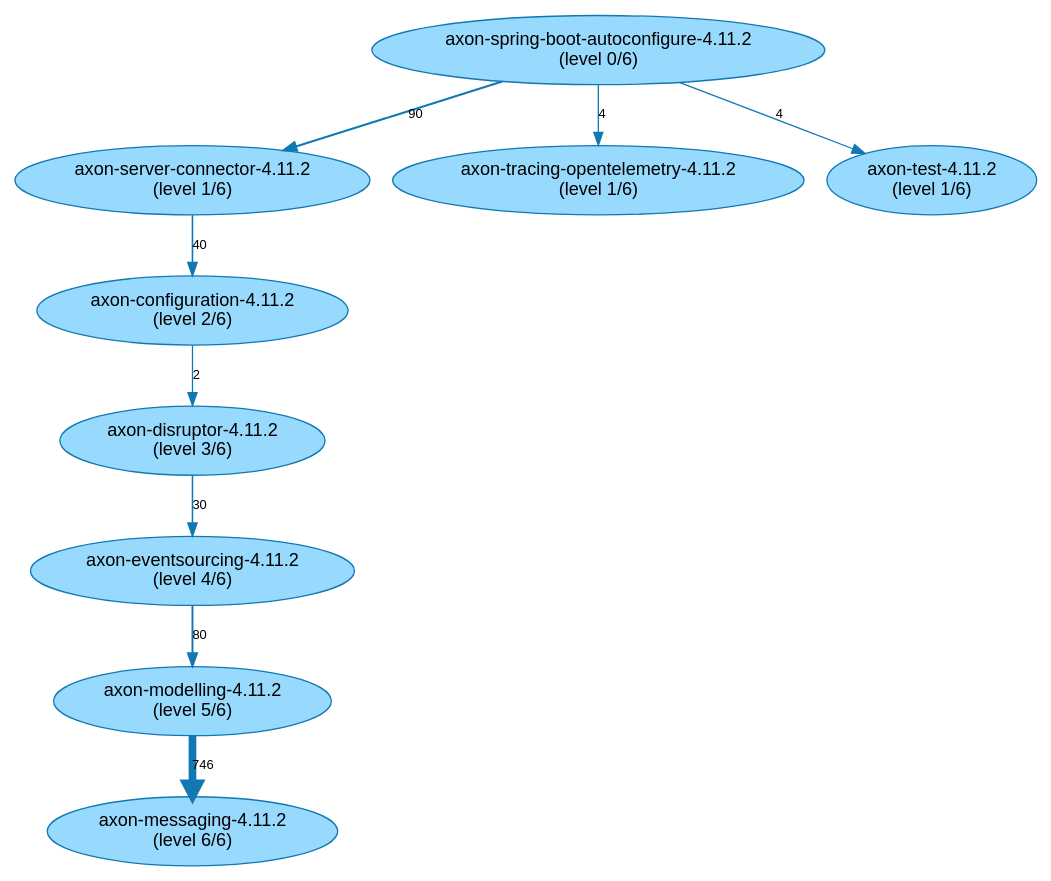
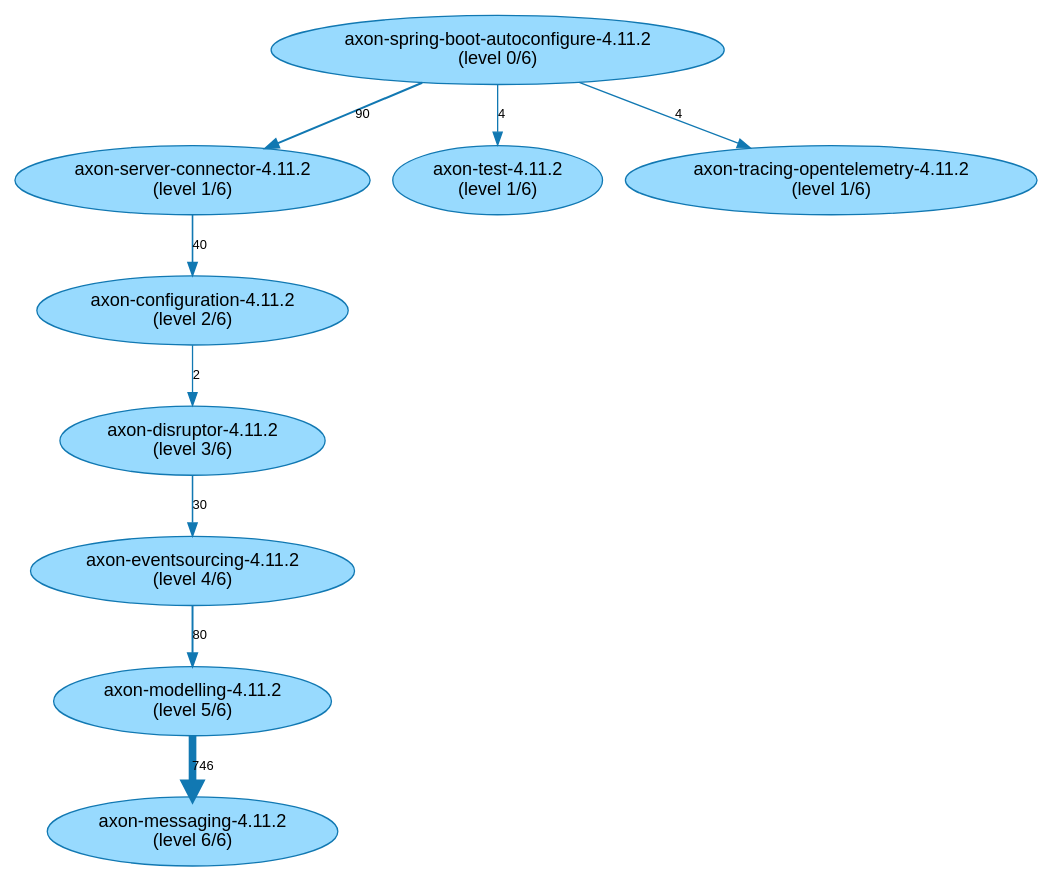
One commit to JohT/code-graph-analysis-examples changed the diagram in analysis-results/AxonFramework/latest/path-finding-visualization/JavaArtifactLongestPathsIsolated.gv. Above: the diagram before and after it, drawn with Graphviz. The commit also changed other lines of this file and 441 other files, not shown here.

```diff
--- a/analysis-results/AxonFramework/latest/path-finding-visualization/JavaArtifactLongestPathsIsolated.gv
+++ b/analysis-results/AxonFramework/latest/path-finding-visualization/JavaArtifactLongestPathsIsolated.gv
@@ -1,32 +1,32 @@
 // This GraphViz dot file was generated by the script convertQueryResultCsvToGraphVizDotFile.sh with default.template
 
 strict digraph JavaArtifactLongestPathsIsolated {
     fontname = "Helvetica,Arial,sans-serif";
     node [fontname = "Helvetica,Arial,sans-serif";];
     edge [fontname = "Helvetica,Arial,sans-serif"; fontsize = 10;];
     node [style = filled; fillcolor = "0.560 0.400 0.999";];
     node [color = "0.560 0.900 0.700";];
     edge [color = "0.560 0.900 0.700";];
 	"axon-spring-boot-autoconfigure-4.11.2\n(level 0/6)" -> "axon-server-connector-4.11.2\n(level 1/6)" [label=90; penwidth=1.58; ];
 	"axon-server-connector-4.11.2\n(level 1/6)" -> "axon-configuration-4.11.2\n(level 2/6)" [label=40; penwidth=1.25; ];
 	"axon-configuration-4.11.2\n(level 2/6)" -> "axon-disruptor-4.11.2\n(level 3/6)" [label=2; penwidth=1.0; ];
 	"axon-disruptor-4.11.2\n(level 3/6)" -> "axon-eventsourcing-4.11.2\n(level 4/6)" [label=30; penwidth=1.19; ];
 	"axon-eventsourcing-4.11.2\n(level 4/6)" -> "axon-modelling-4.11.2\n(level 5/6)" [label=80; penwidth=1.52; ];
 	"axon-modelling-4.11.2\n(level 5/6)" -> "axon-messaging-4.11.2\n(level 6/6)" [label=746; penwidth=5.93; ];
 	"axon-spring-boot-autoconfigure-4.11.2\n(level 0/6)" -> "axon-server-connector-4.11.2\n(level 1/6)" [label=90; penwidth=1.58; ];
 	"axon-server-connector-4.11.2\n(level 1/6)" -> "axon-configuration-4.11.2\n(level 2/6)" [label=40; penwidth=1.25; ];
 	"axon-configuration-4.11.2\n(level 2/6)" -> "axon-disruptor-4.11.2\n(level 3/6)" [label=2; penwidth=1.0; ];
 	"axon-disruptor-4.11.2\n(level 3/6)" -> "axon-eventsourcing-4.11.2\n(level 4/6)" [label=30; penwidth=1.19; ];
 	"axon-eventsourcing-4.11.2\n(level 4/6)" -> "axon-modelling-4.11.2\n(level 5/6)" [label=80; penwidth=1.52; ];
-	"axon-spring-boot-autoconfigure-4.11.2\n(level 0/6)" -> "axon-server-connector-4.11.2\n(level 1/6)" [label=90; penwidth=1.58; ];
 	"axon-server-connector-4.11.2\n(level 1/6)" -> "axon-configuration-4.11.2\n(level 2/6)" [label=40; penwidth=1.25; ];
 	"axon-configuration-4.11.2\n(level 2/6)" -> "axon-disruptor-4.11.2\n(level 3/6)" [label=2; penwidth=1.0; ];
 	"axon-disruptor-4.11.2\n(level 3/6)" -> "axon-eventsourcing-4.11.2\n(level 4/6)" [label=30; penwidth=1.19; ];
 	"axon-spring-boot-autoconfigure-4.11.2\n(level 0/6)" -> "axon-server-connector-4.11.2\n(level 1/6)" [label=90; penwidth=1.58; ];
 	"axon-server-connector-4.11.2\n(level 1/6)" -> "axon-configuration-4.11.2\n(level 2/6)" [label=40; penwidth=1.25; ];
 	"axon-configuration-4.11.2\n(level 2/6)" -> "axon-disruptor-4.11.2\n(level 3/6)" [label=2; penwidth=1.0; ];
 	"axon-spring-boot-autoconfigure-4.11.2\n(level 0/6)" -> "axon-server-connector-4.11.2\n(level 1/6)" [label=90; penwidth=1.58; ];
 	"axon-server-connector-4.11.2\n(level 1/6)" -> "axon-configuration-4.11.2\n(level 2/6)" [label=40; penwidth=1.25; ];
+	"axon-spring-boot-autoconfigure-4.11.2\n(level 0/6)" -> "axon-server-connector-4.11.2\n(level 1/6)" [label=90; penwidth=1.58; ];
+	"axon-spring-boot-autoconfigure-4.11.2\n(level 0/6)" -> "axon-test-4.11.2\n(level 1/6)" [label=4; penwidth=1.01; ];
 	"axon-spring-boot-autoconfigure-4.11.2\n(level 0/6)" -> "axon-tracing-opentelemetry-4.11.2\n(level 1/6)" [label=4; penwidth=1.01; ];
-	"axon-spring-boot-autoconfigure-4.11.2\n(level 0/6)" -> "axon-test-4.11.2\n(level 1/6)" [label=4; penwidth=1.01; ];
 }
```
